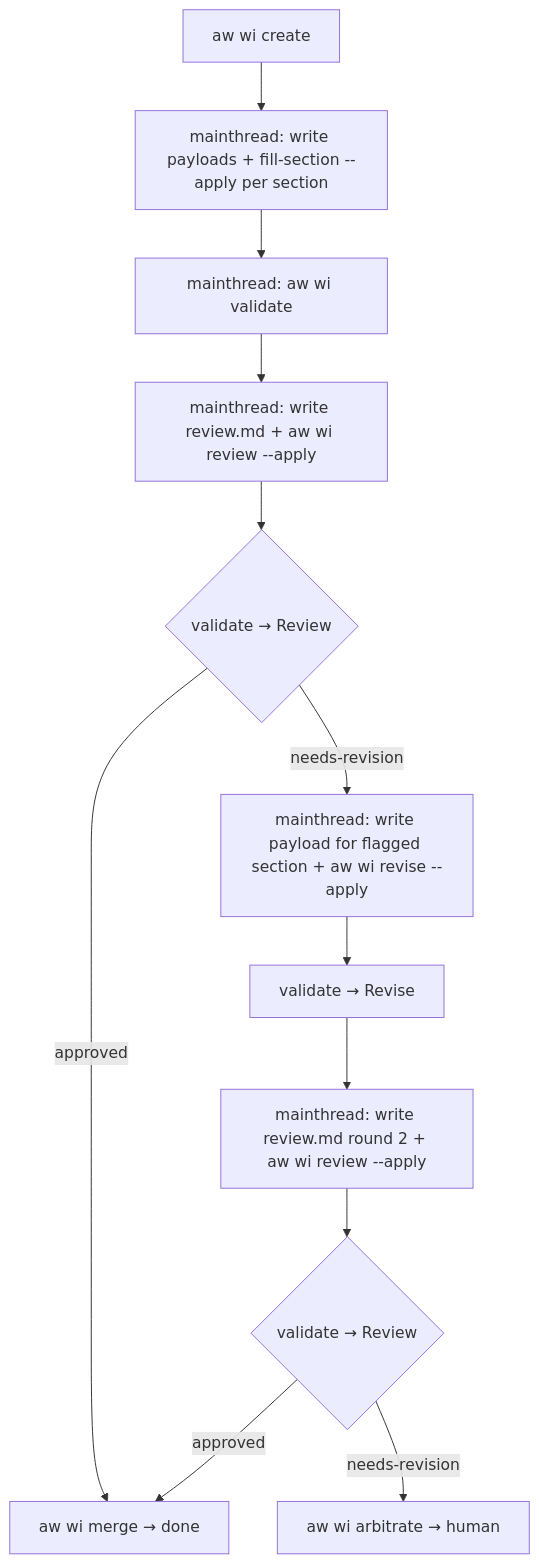
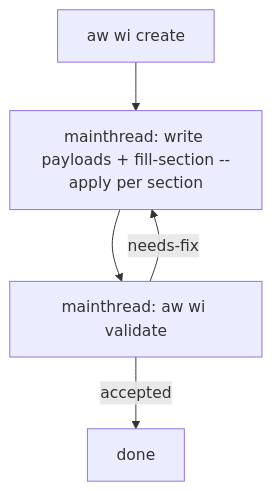
Before and after one commit to chrischeng-c4/axiom: the diagram in .agents/skills/aw-wi/SKILL.md, drawn with Mermaid. The commit also changed other lines of this file and 1053 other files, not shown here.

````diff
--- a/.agents/skills/aw-wi/SKILL.md
+++ b/.agents/skills/aw-wi/SKILL.md
@@ -75,14 +75,7 @@
 ```mermaid
 flowchart TD
     C[aw wi create] --> A[mainthread: write payloads + fill-section --apply per section]
     A --> V[mainthread: aw wi validate]
-    V --> R1[mainthread: write review.md + aw wi review --apply]
-    R1 --> V1{validate → Review}
-    V1 -- approved --> M[aw wi merge → done]
-    V1 -- needs-revision --> RV[mainthread: write payload for flagged section + aw wi revise --apply]
-    RV --> VRV[validate → Revise]
-    VRV --> R2[mainthread: write review.md round 2 + aw wi review --apply]
-    R2 --> V2{validate → Review}
-    V2 -- approved --> M
-    V2 -- needs-revision --> ARB[aw wi arbitrate → human]
+    V -- accepted --> M[done]
+    V -- needs-fix --> A
 ```
````
